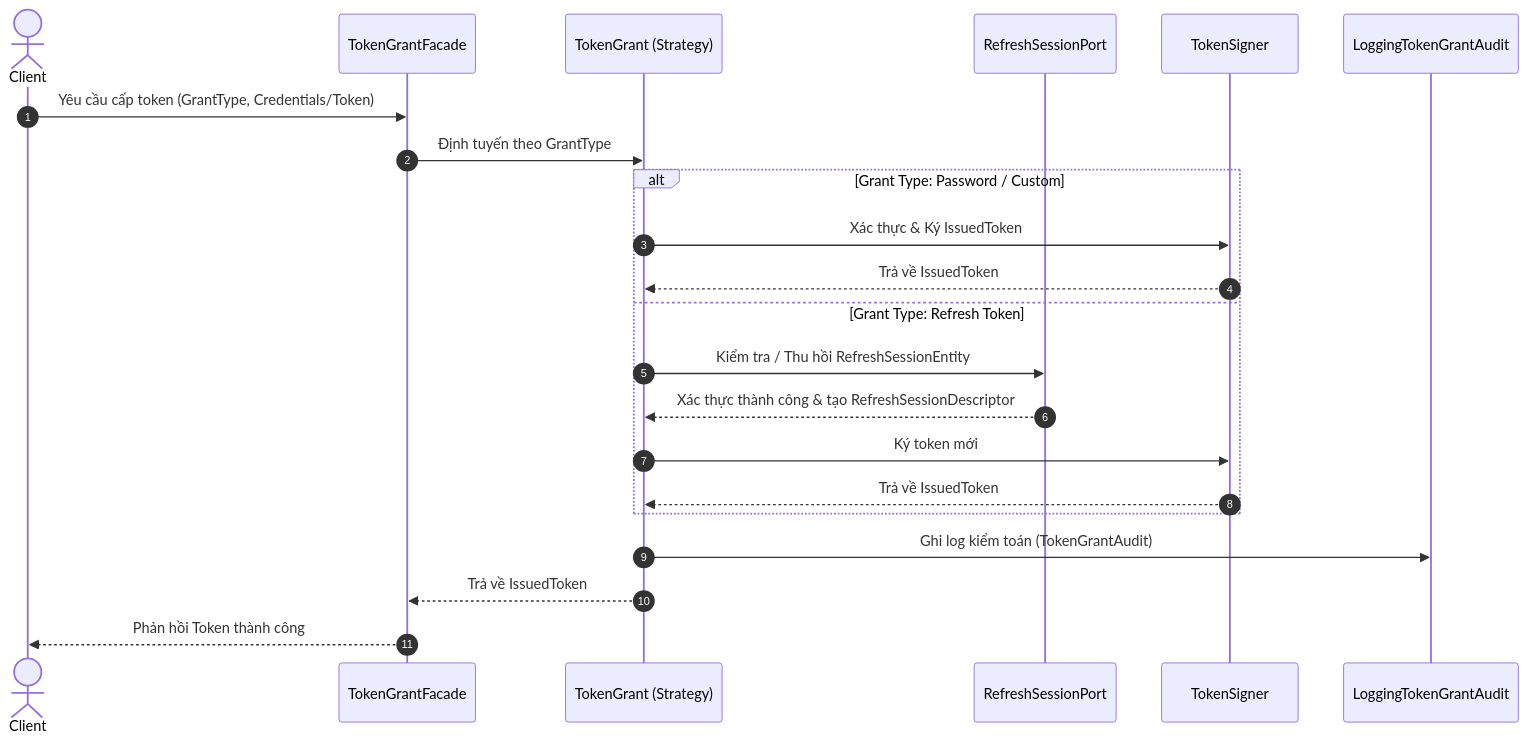
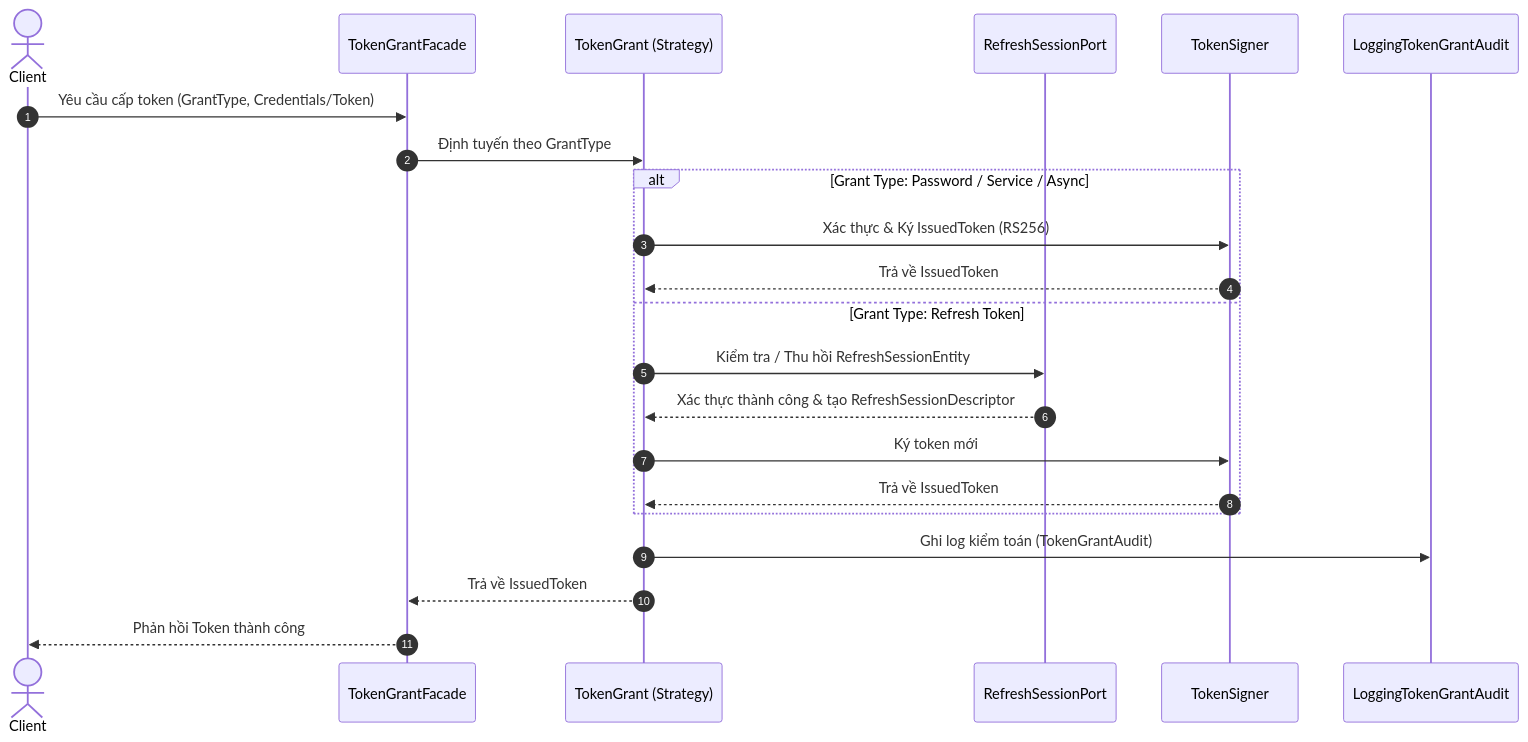
Before and after one commit to hatrongvu13/smartfarm-platform-maven-starter: the first of 4 diagrams in services/smartfarm-identity-service/review_flow.md, drawn with Mermaid. The commit also changed other lines of this file and 55 other files, not shown here.

````diff
--- a/services/smartfarm-identity-service/review_flow.md
+++ b/services/smartfarm-identity-service/review_flow.md
@@ -5,27 +11,27 @@
 ```mermaid
 sequenceDiagram
 autonumber
 actor Client
 participant TokenGrantFacade as TokenGrantFacade
 participant TokenGrant as TokenGrant (Strategy)
 participant RefreshSessionPort as RefreshSessionPort
 participant TokenSigner as TokenSigner
 participant Audit as LoggingTokenGrantAudit
 
     Client->>TokenGrantFacade: Yêu cầu cấp token (GrantType, Credentials/Token)
     TokenGrantFacade->>TokenGrant: Định tuyến theo GrantType
     
-    alt Grant Type: Password / Custom
-        TokenGrant->>TokenSigner: Xác thực & Ký IssuedToken
+    alt Grant Type: Password / Service / Async
+        TokenGrant->>TokenSigner: Xác thực & Ký IssuedToken (RS256)
         TokenSigner-->>TokenGrant: Trả về IssuedToken
     else Grant Type: Refresh Token
         TokenGrant->>RefreshSessionPort: Kiểm tra / Thu hồi RefreshSessionEntity
         RefreshSessionPort-->>TokenGrant: Xác thực thành công & tạo RefreshSessionDescriptor
         TokenGrant->>TokenSigner: Ký token mới
         TokenSigner-->>TokenGrant: Trả về IssuedToken
     end
 
     TokenGrant->>Audit: Ghi log kiểm toán (TokenGrantAudit)
     TokenGrant-->>TokenGrantFacade: Trả về IssuedToken
     TokenGrantFacade-->>Client: Phản hồi Token thành công
 ```
````
